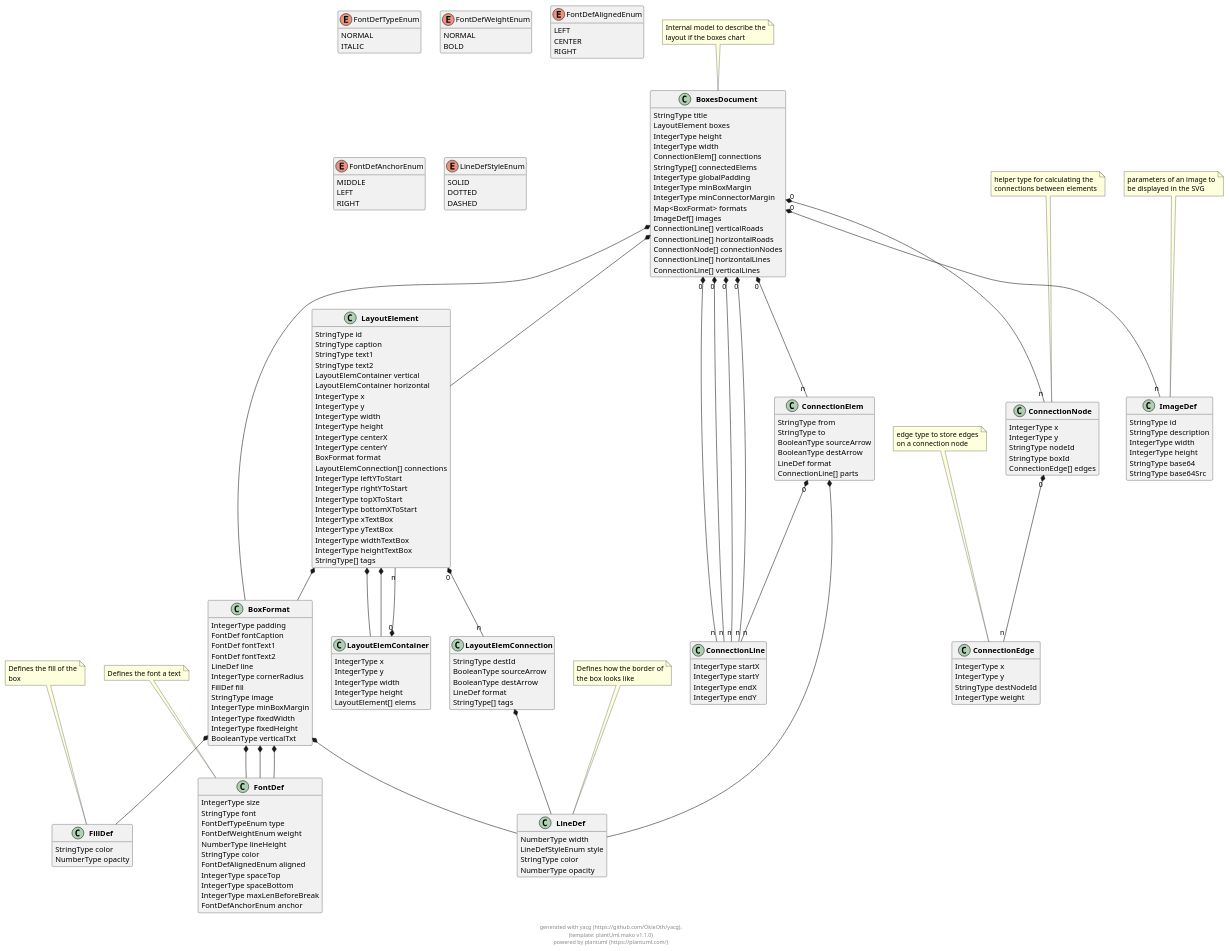
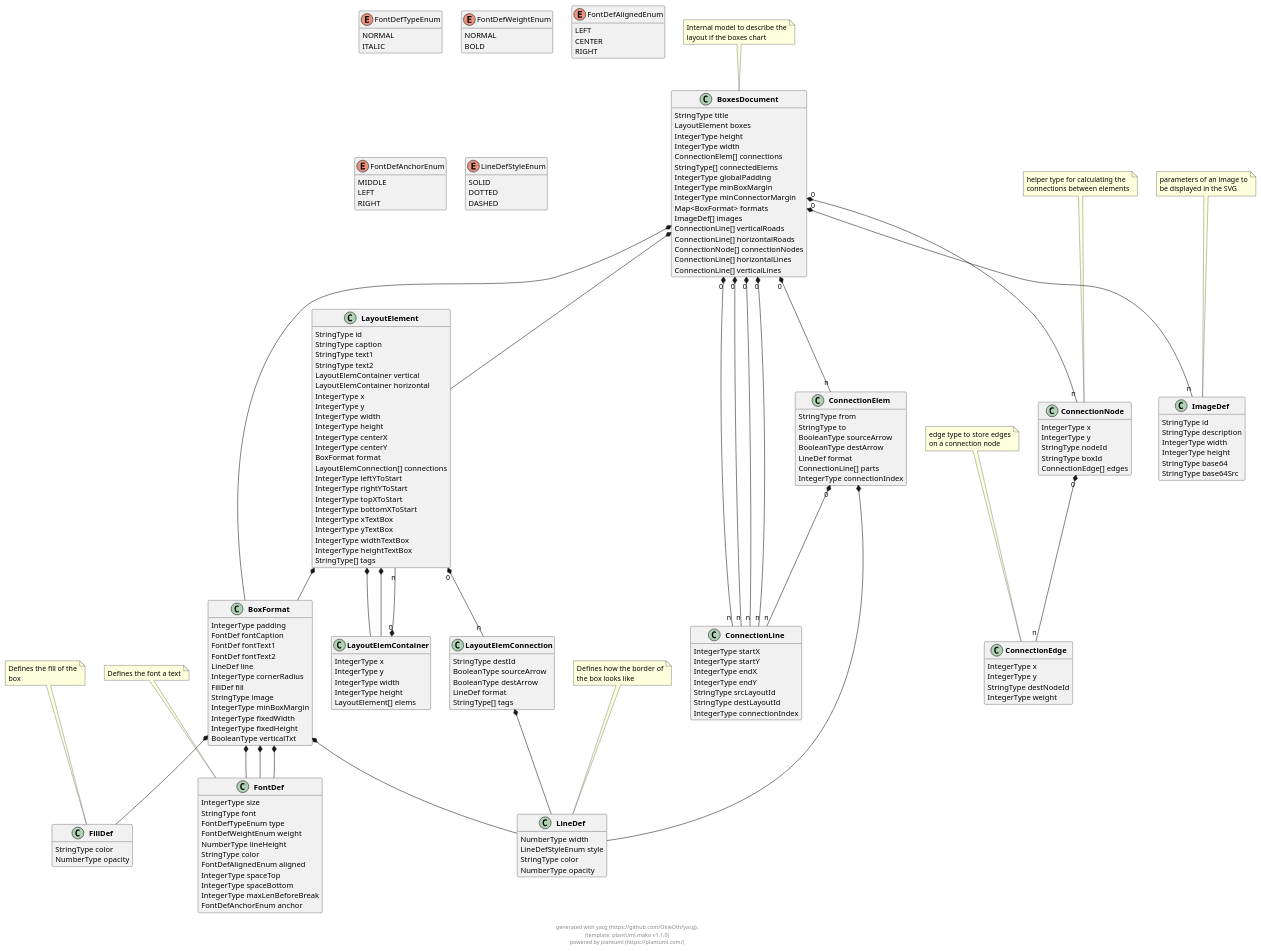
Before and after one commit to OkieOth/draw.chart.things: the diagram in docs/models/puml/boxes_document.puml, drawn with PlantUML. The commit also changed 7 other files, not shown here.

```diff
--- a/docs/models/puml/boxes_document.puml
+++ b/docs/models/puml/boxes_document.puml
@@ -61,6 +61,7 @@
         BooleanType destArrow
         LineDef format
         ConnectionLine[] parts
+        IntegerType connectionIndex
 }
 
  
@@ -88,6 +89,9 @@
         IntegerType startY
         IntegerType endX
         IntegerType endY
+        StringType srcLayoutId
+        StringType destLayoutId
+        IntegerType connectionIndex
 }
 
  
@@ -272,6 +276,7 @@
 
 ConnectionElem "0" *-- "n" ConnectionLine
 
+
     
     
 
@@ -292,6 +297,9 @@
 
 
     
+
+
+
 
 
 
```
